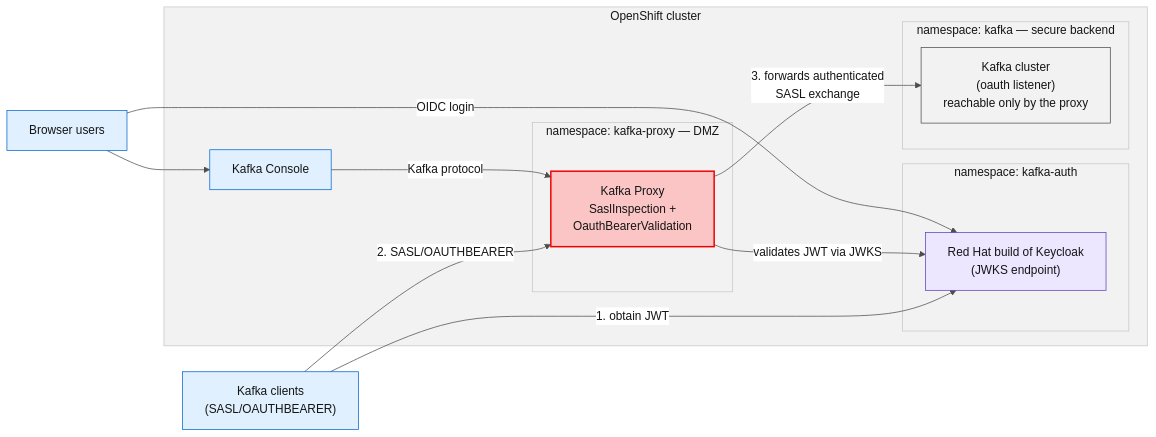
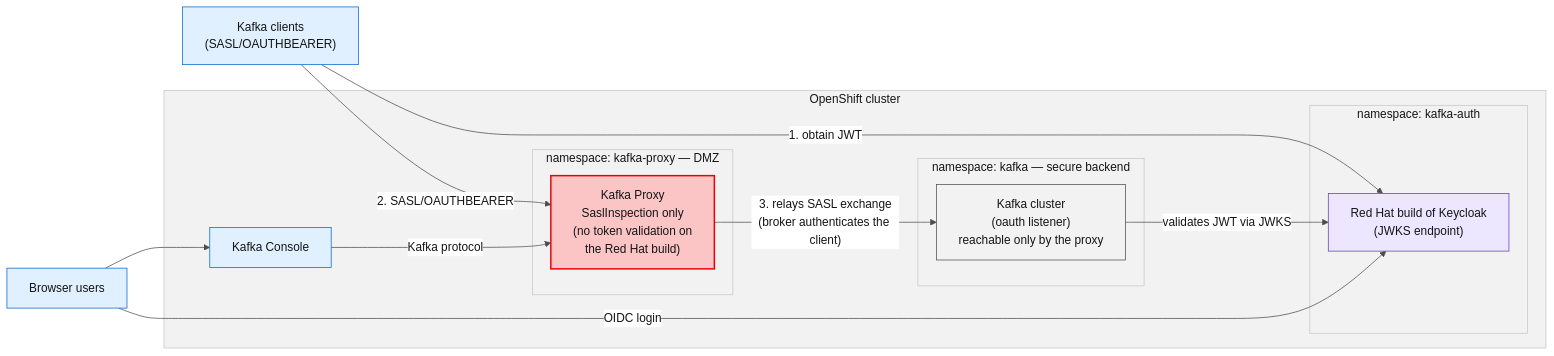
One commit to jcordes73/kafka-proxy-use-cases changed the third of 3 diagrams in README.md. Above: the diagram before and after it, drawn with Mermaid. The commit also changed other lines of this file and 50 other files, not shown here.

````diff
--- a/README.md
+++ b/README.md
@@ -260,32 +193,32 @@
 ```mermaid
 %%{init: {"theme":"base","themeVariables":{"fontFamily":"Red Hat Text, Red Hat Display, sans-serif","primaryColor":"#FFFFFF","primaryTextColor":"#151515","primaryBorderColor":"#C7C7C7","lineColor":"#4D4D4D","secondaryColor":"#F2F2F2","tertiaryColor":"#F2F2F2","clusterBkg":"#F2F2F2","clusterBorder":"#C7C7C7","edgeLabelBackground":"#FFFFFF","titleColor":"#151515"}}}%%
 flowchart LR
     C["Kafka clients<br/>(SASL/OAUTHBEARER)"]
     B["Browser users"]
     subgraph openshift["OpenShift cluster"]
         subgraph authNs["namespace: kafka-auth"]
             KC["Red Hat build of Keycloak<br/>(JWKS endpoint)"]
         end
         subgraph proxyNs["namespace: kafka-proxy — DMZ"]
-            P["Kafka Proxy<br/>SaslInspection +<br/>OauthBearerValidation"]
+            P["Kafka Proxy<br/>SaslInspection only<br/>(no token validation on<br/>the Red Hat build)"]
         end
         subgraph kafkaNs["namespace: kafka — secure backend"]
             K["Kafka cluster<br/>(oauth listener)<br/>reachable only by the proxy"]
         end
         CON["Kafka Console"]
     end
     C -- "1. obtain JWT" --> KC
     C -- "2. SASL/OAUTHBEARER" --> P
-    P -- "validates JWT via JWKS" --> KC
-    P -- "3. forwards authenticated<br/>SASL exchange" --> K
+    P -- "3. relays SASL exchange<br/>(broker authenticates the client)" --> K
+    K -- "validates JWT via JWKS" --> KC
     B -- "OIDC login" --> KC
     B --> CON
     CON -- "Kafka protocol" --> P
 
     style P fill:#FBC5C5,stroke:#EE0000,stroke-width:2px
     style K fill:#F2F2F2,stroke:#4D4D4D
     style KC fill:#ECE6FF,stroke:#5E40BE
     style C fill:#E0F0FF,stroke:#0066CC
     style B fill:#E0F0FF,stroke:#0066CC
     style CON fill:#E0F0FF,stroke:#0066CC
 ```
````
